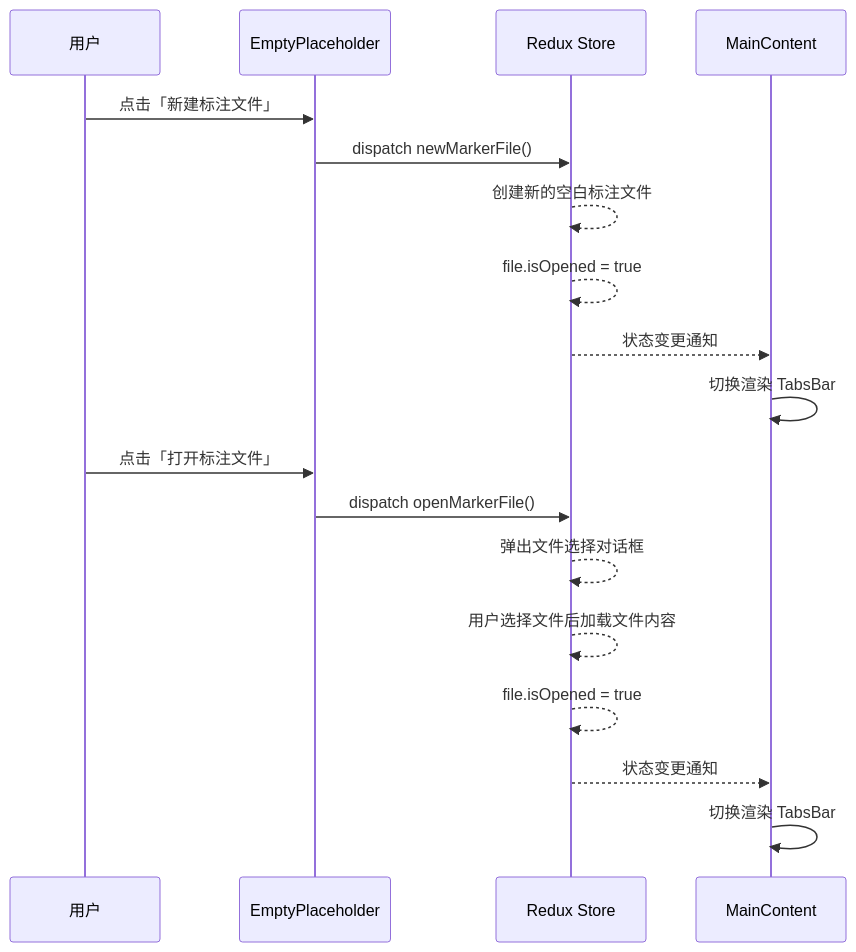
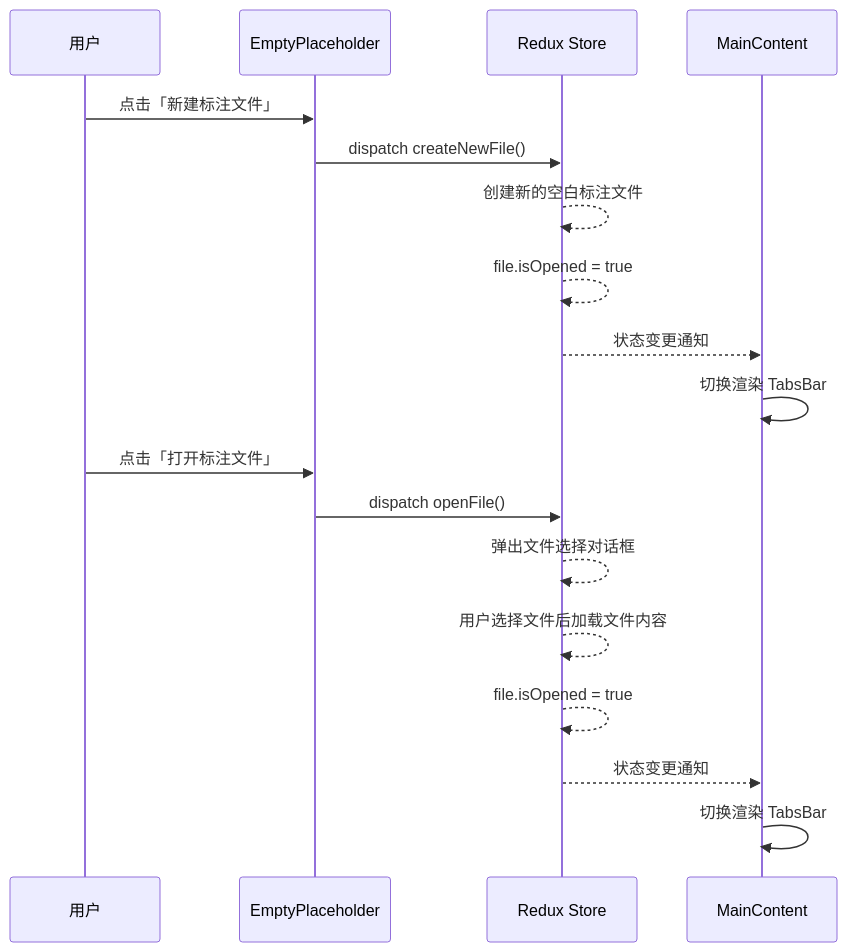
Before and after one commit to kampfer/trae-image-marker: the ninth of 11 diagrams in doc/技术设计/03-表现层设计.md, drawn with Mermaid. The commit also changed other lines of this file and 5 other files, not shown here.

````diff
--- a/doc/技术设计/03-表现层设计.md
+++ b/doc/技术设计/03-表现层设计.md
@@ -513,22 +519,22 @@
 ```mermaid
 sequenceDiagram
     participant User as 用户
     participant Placeholder as EmptyPlaceholder
     participant Redux as Redux Store
     participant MainContent as MainContent
 
     User->>Placeholder: 点击「新建标注文件」
-    Placeholder->>Redux: dispatch newMarkerFile()
+    Placeholder->>Redux: dispatch createNewFile()
     Redux-->>Redux: 创建新的空白标注文件
     Redux-->>Redux: file.isOpened = true
     Redux-->>MainContent: 状态变更通知
     MainContent->>MainContent: 切换渲染 TabsBar
 
     User->>Placeholder: 点击「打开标注文件」
-    Placeholder->>Redux: dispatch openMarkerFile()
+    Placeholder->>Redux: dispatch openFile()
     Redux-->>Redux: 弹出文件选择对话框
     Redux-->>Redux: 用户选择文件后加载文件内容
     Redux-->>Redux: file.isOpened = true
     Redux-->>MainContent: 状态变更通知
     MainContent->>MainContent: 切换渲染 TabsBar
 ```
````
